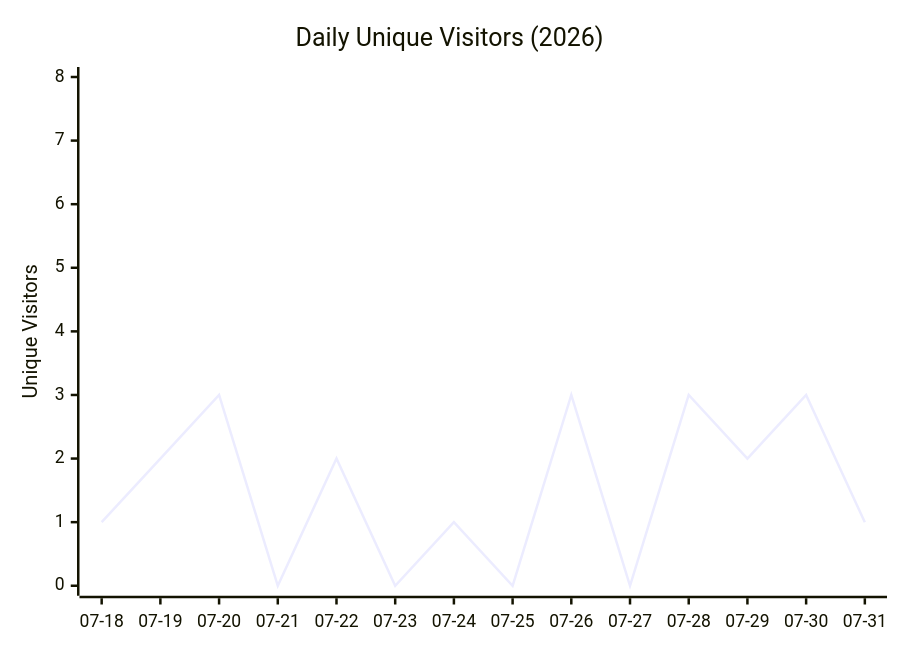
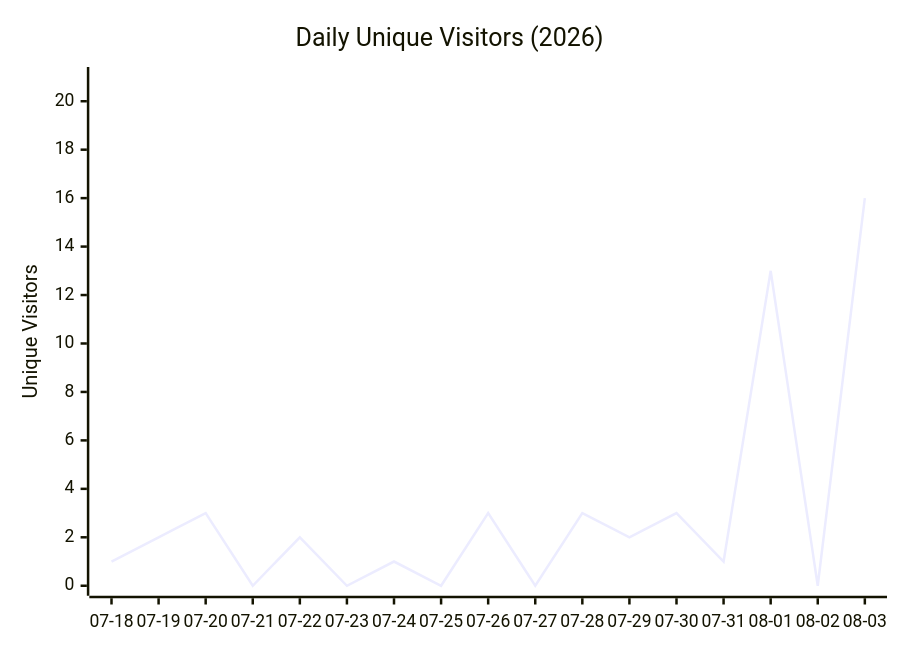
Before and after one commit to Architect-HA/Humai-Accord: the fourth of 4 diagrams in data/TRAFFIC_REPORT.md, drawn with Mermaid. The commit also changed other lines of this file and 1 other file, not shown here.

````diff
--- a/data/TRAFFIC_REPORT.md
+++ b/data/TRAFFIC_REPORT.md
@@ -42,7 +42,7 @@
 ```mermaid
 xychart-beta
     title "Daily Unique Visitors (2026)"
-    x-axis ["07-18", "07-19", "07-20", "07-21", "07-22", "07-23", "07-24", "07-25", "07-26", "07-27", "07-28", "07-29", "07-30", "07-31"]
-    y-axis "Unique Visitors" 0 --> 8
-    line [1, 2, 3, 0, 2, 0, 1, 0, 3, 0, 3, 2, 3, 1]
+    x-axis ["07-18", "07-19", "07-20", "07-21", "07-22", "07-23", "07-24", "07-25", "07-26", "07-27", "07-28", "07-29", "07-30", "07-31", "08-01", "08-02", "08-03"]
+    y-axis "Unique Visitors" 0 --> 21
+    line [1, 2, 3, 0, 2, 0, 1, 0, 3, 0, 3, 2, 3, 1, 13, 0, 16]
 ```
````
